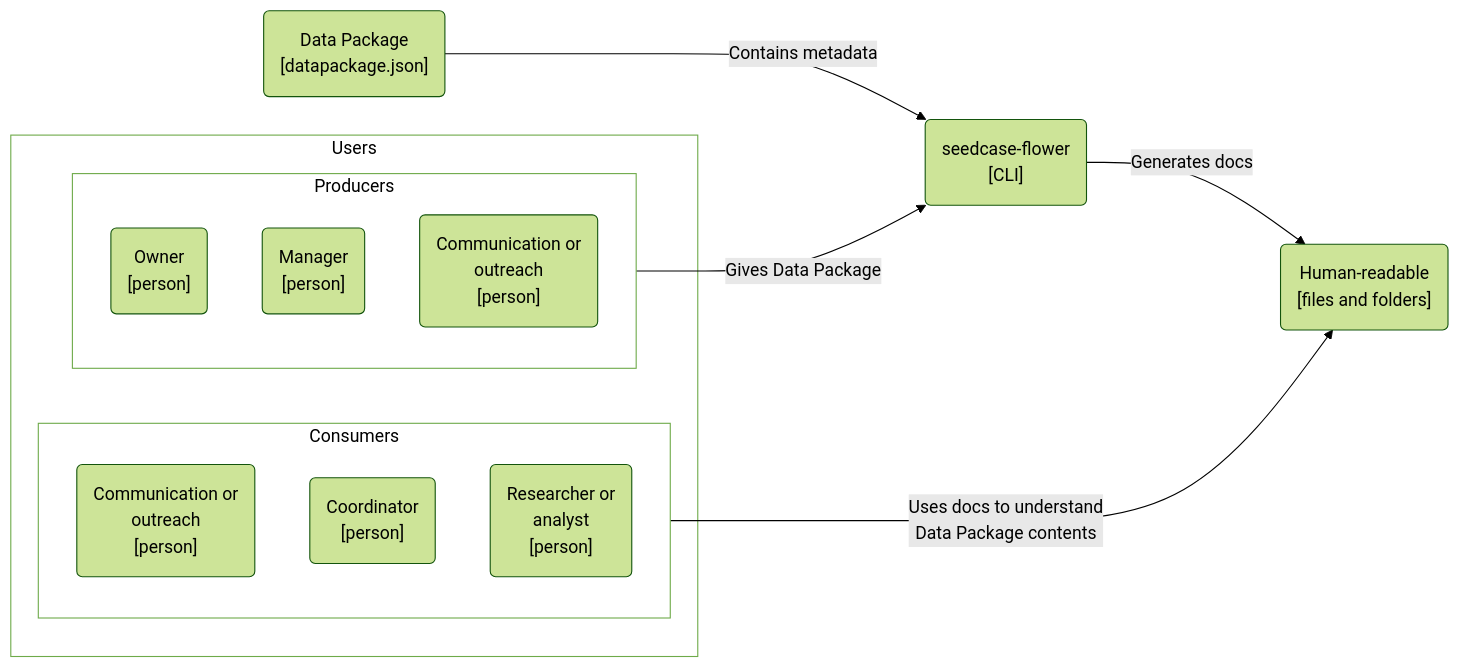
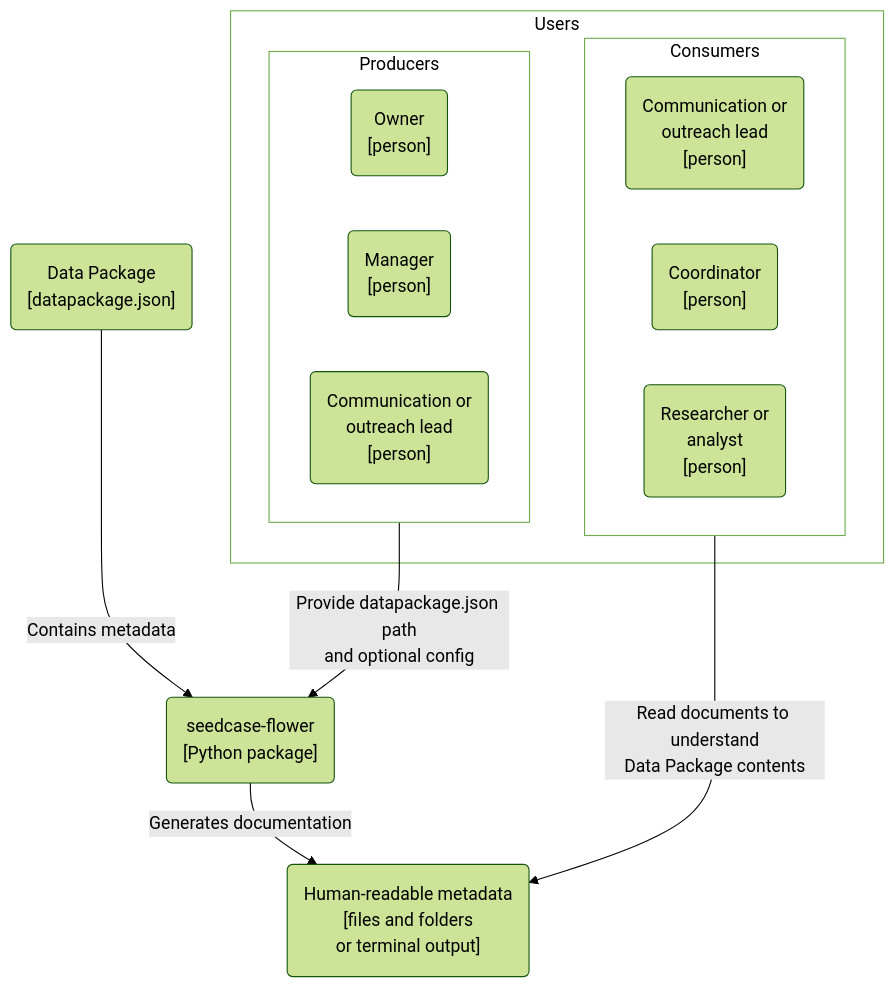
Before and after one commit to seedcase-project/seedcase-flower: the first of 3 diagrams in docs/design/architecture.qmd, drawn with Mermaid (forest theme). The commit also changed other lines of this file, not shown here.

First line of the commit message:
docs: ✏️  review architecture (#228)

````diff
--- a/docs/design/architecture.qmd
+++ b/docs/design/architecture.qmd
@@ -141,37 +122,37 @@
 ```{mermaid}
 %%| label: fig-c4-context
 %%| fig-cap: "C4 system context diagram showing the anticipated users and external systems Flower interacts with."
-flowchart LR
+flowchart TD
 
     subgraph Users
         Producers["Producer users"]
         Consumers["Consumer users"]
     end
 
     subgraph Producers
         user_owner("Owner<br>[person]")
         user_manager("Manager<br>[person]")
-        user_communicator1("Communication or<br>outreach<br>[person]")
+        user_communicator1("Communication or<br>outreach lead<br>[person]")
     end
 
     subgraph Consumers
-        user_communicator2("Communication or<br>outreach<br>[person]")
+        user_communicator2("Communication or<br>outreach lead<br>[person]")
         user_coordinator("Coordinator<br>[person]")
         user_researcher("Researcher or<br>analyst<br>[person]")
     end
 
     datapackage("Data Package<br>[datapackage.json]")
-    flower("seedcase-flower<br>[CLI]")
+    flower("seedcase-flower<br>[Python package]")
 
-    output("Human-readable<br>[files and folders]")
+    output("Human-readable metadata<br>[files and folders<br>or terminal output]")
 
     datapackage --"Contains metadata"--> flower
-    Producers --"Gives Data Package"--> flower
-    flower --"Generates docs"--> output
-    Consumers --"Uses docs to understand<br>Data Package contents"--> output
+    Producers --"Provide datapackage.json path<br>and optional config"--> flower
+    flower --"Generates documentation"--> output
+    Consumers --"Read documents to understand<br>Data Package contents"--> output
 
     %% Styling
     style Producers fill:#FFFFFF, color:#000000
     style Consumers fill:#FFFFFF, color:#000000
     style Users fill:#FFFFFF, color:#000000
 ```
````
